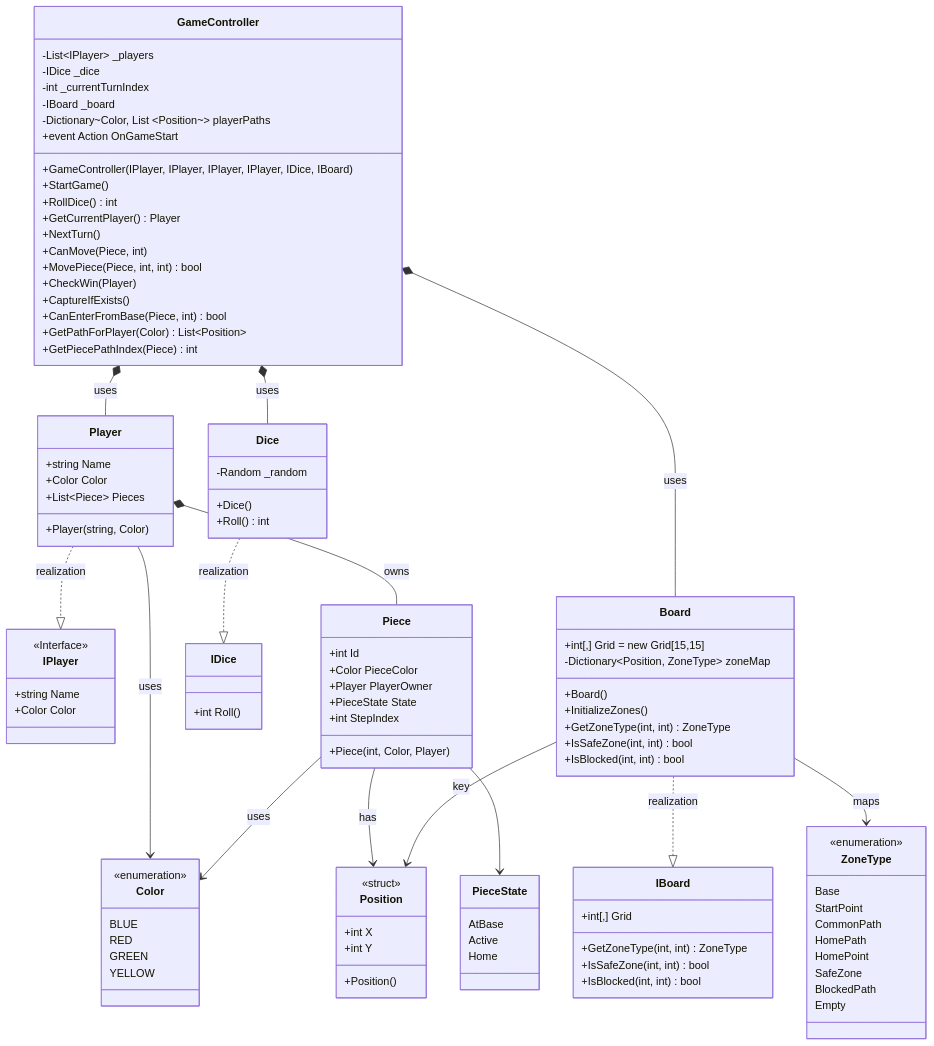
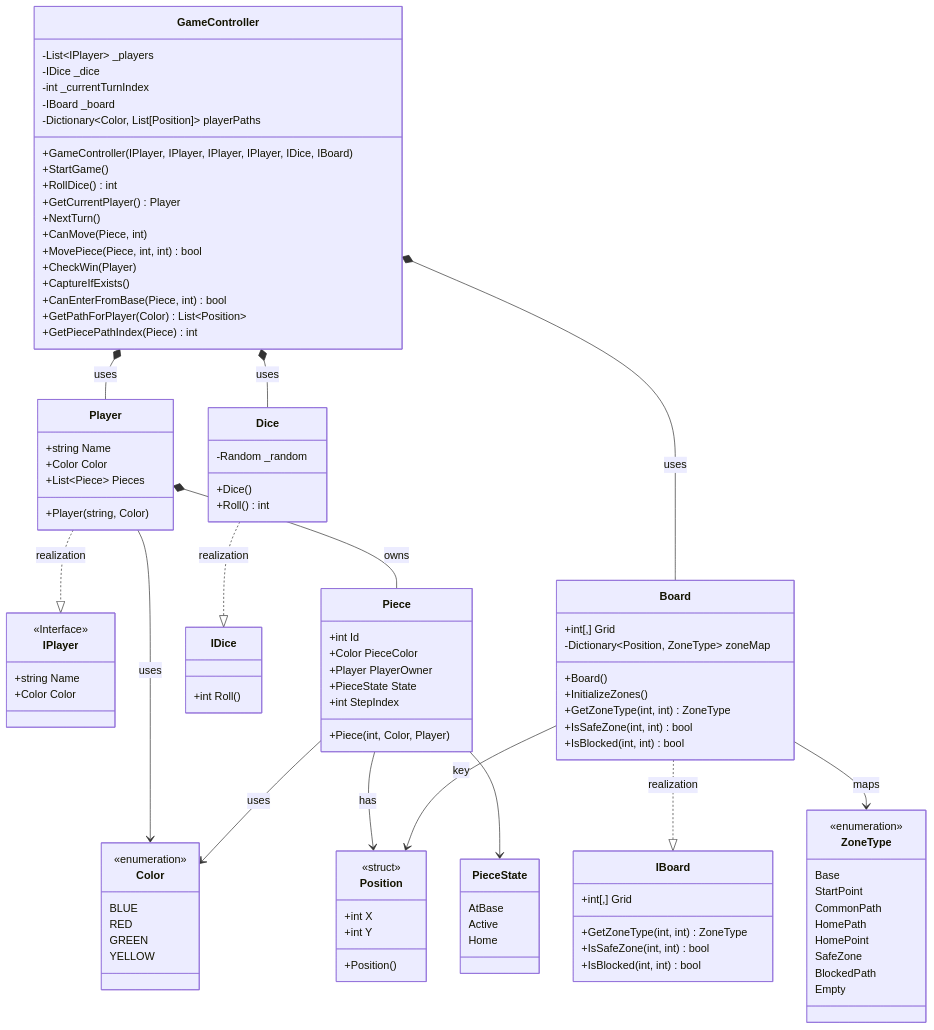
The diagram in Ludo/ClassDiagram.mmd (Masdikaa/Masdika-Bootcamp-SE-Formulatrix), drawn with Mermaid before and after one commit. The commit also changed 9 other files, not shown here.

```diff
--- a/Ludo/ClassDiagram.mmd
+++ b/Ludo/ClassDiagram.mmd
@@ -1,120 +1,124 @@
 classDiagram
 
     class GameController {
         -List~IPlayer~ _players
         -IDice _dice
         -int _currentTurnIndex
         -IBoard _board
         %% Dictionary<Color, List<Position>>
-        -Dictionary~Color, List ~Position~~ playerPaths
+        -Dictionary~Color, List[Position]~ playerPaths
 
         +GameController(IPlayer, IPlayer, IPlayer, IPlayer, IDice, IBoard)
         +StartGame()
         +RollDice() int
         +GetCurrentPlayer() Player
         +NextTurn()
         +CanMove(Piece, int)
         +MovePiece(Piece, int, int) bool
         +CheckWin(Player)
         +CaptureIfExists()
         +CanEnterFromBase(Piece, int) bool
         +GetPathForPlayer(Color) List~Position~
         +GetPiecePathIndex(Piece) int
-        +event Action OnGameStart
+
     }
 
     class IPlayer {
         <<Interface>>
         +string Name
         +Color Color
     }
 
     class Player {
         +string Name
         +Color Color
         +List~Piece~ Pieces
         +Player(string, Color)
     }
 
     class Piece {
         +int Id
         +Color PieceColor
         +Player PlayerOwner
         +PieceState State
         +int StepIndex
         +Piece(int, Color, Player)
     }
 
     class IDice {
         +int Roll()
     }
 
     class Dice {
         -Random _random
         +Dice()
         +Roll() int
     }
 
     class IBoard{
-        +int[,] Grid 
+        +int[,] Grid
         +GetZoneType(int, int) ZoneType
         +IsSafeZone(int, int) bool
         +IsBlocked(int, int) bool
     }
 
     class Board{
-        +int[,] Grid = new Grid[15,15]
+        +int[,] Grid
         -Dictionary~Position, ZoneType~ zoneMap
         +Board()
         +InitializeZones()
         +GetZoneType(int, int) ZoneType
         +IsSafeZone(int, int) bool
         +IsBlocked(int, int) bool
     }
 
     class Position {
         <<struct>>
         +int X
         +int Y
         +Position()
     }
 
     class Color {
         <<enumeration>>
         BLUE
         RED
         GREEN
         YELLOW
     }
 
     class ZoneType {
         <<enumeration>>
         Base
         StartPoint
         CommonPath
         HomePath
         HomePoint
         SafeZone
         BlockedPath
         Empty
     }
 
     class PieceState{
         AtBase
         Active
         Home
     }
 
+    %% PlayerSection
     GameController *-- Player : uses
+    %% GameController *-- IPlayer : uses
     Player ..|> IPlayer : realization
     Player --> Color : uses
     Player *-- Piece : owns
+    %% Piece --> Player : references
     Piece --> Color : uses
     Dice ..|> IDice : realization
     GameController *-- Dice : uses
+    %% GameController *-- IDice : uses
     Board ..|> IBoard : realization 
     GameController *-- Board : uses
     Piece --> Position : has
     Board --> ZoneType : maps
     Board --> Position : key
     Piece --> PieceState
```
